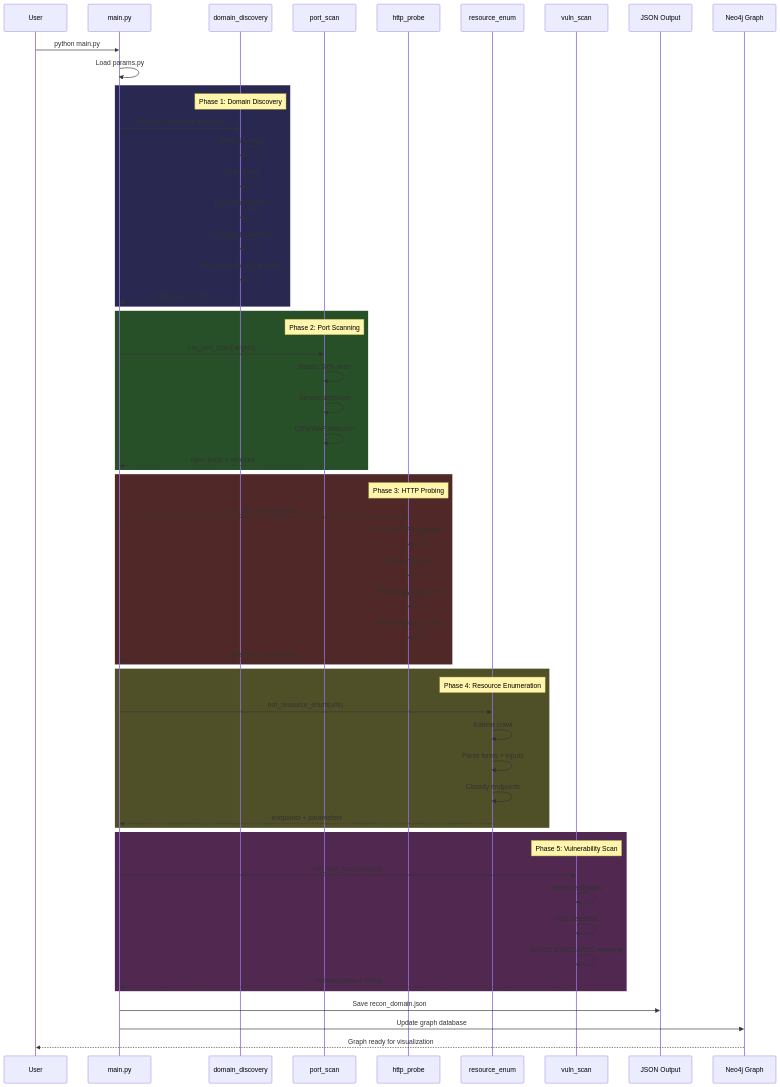
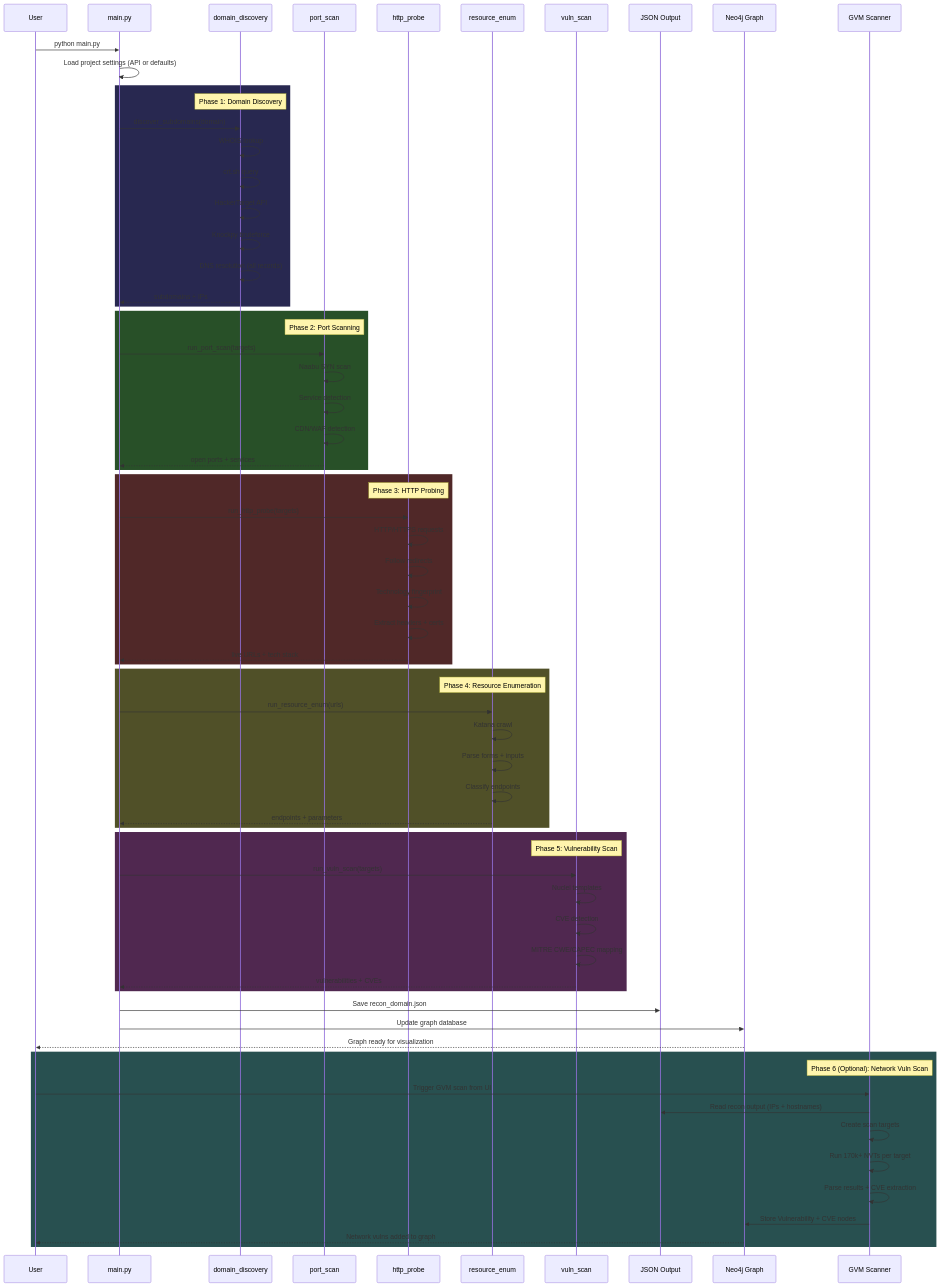
Before and after one commit to wizard2773/redamon: the sixth of 8 diagrams in README.md, drawn with Mermaid. The commit also changed other lines of this file and 20 other files, not shown here.

````diff
--- a/README.md
+++ b/README.md
@@ -776,67 +1066,79 @@
 ```mermaid
 sequenceDiagram
     participant User
     participant Main as main.py
     participant DD as domain_discovery
     participant PS as port_scan
     participant HP as http_probe
     participant RE as resource_enum
     participant VS as vuln_scan
     participant JSON as JSON Output
     participant Neo4j as Neo4j Graph
+    participant GVM as GVM Scanner
 
     User->>Main: python main.py
-    Main->>Main: Load params.py
+    Main->>Main: Load project settings (API or defaults)
 
     rect rgb(40, 40, 80)
         Note over DD: Phase 1: Domain Discovery
         Main->>DD: discover_subdomains(domain)
         DD->>DD: WHOIS lookup
         DD->>DD: crt.sh query
         DD->>DD: HackerTarget API
         DD->>DD: Knockpy bruteforce
         DD->>DD: DNS resolution (all records)
         DD-->>Main: subdomains + IPs
     end
 
     rect rgb(40, 80, 40)
         Note over PS: Phase 2: Port Scanning
         Main->>PS: run_port_scan(targets)
         PS->>PS: Naabu SYN scan
         PS->>PS: Service detection
         PS->>PS: CDN/WAF detection
         PS-->>Main: open ports + services
     end
 
     rect rgb(80, 40, 40)
         Note over HP: Phase 3: HTTP Probing
         Main->>HP: run_http_probe(targets)
         HP->>HP: HTTP/HTTPS requests
         HP->>HP: Follow redirects
         HP->>HP: Technology fingerprint
         HP->>HP: Extract headers + certs
         HP-->>Main: live URLs + tech stack
     end
 
     rect rgb(80, 80, 40)
         Note over RE: Phase 4: Resource Enumeration
         Main->>RE: run_resource_enum(urls)
         RE->>RE: Katana crawl
         RE->>RE: Parse forms + inputs
         RE->>RE: Classify endpoints
         RE-->>Main: endpoints + parameters
     end
 
     rect rgb(80, 40, 80)
         Note over VS: Phase 5: Vulnerability Scan
         Main->>VS: run_vuln_scan(targets)
         VS->>VS: Nuclei templates
         VS->>VS: CVE detection
         VS->>VS: MITRE CWE/CAPEC mapping
         VS-->>Main: vulnerabilities + CVEs
     end
 
     Main->>JSON: Save recon_domain.json
     Main->>Neo4j: Update graph database
     Neo4j-->>User: Graph ready for visualization
+
+    rect rgb(40, 80, 80)
+        Note over GVM: Phase 6 (Optional): Network Vuln Scan
+        User->>GVM: Trigger GVM scan from UI
+        GVM->>JSON: Read recon output (IPs + hostnames)
+        GVM->>GVM: Create scan targets
+        GVM->>GVM: Run 170k+ NVTs per target
+        GVM->>GVM: Parse results + CVE extraction
+        GVM->>Neo4j: Store Vulnerability + CVE nodes
+        Neo4j-->>User: Network vulns added to graph
+    end
 ```
````
